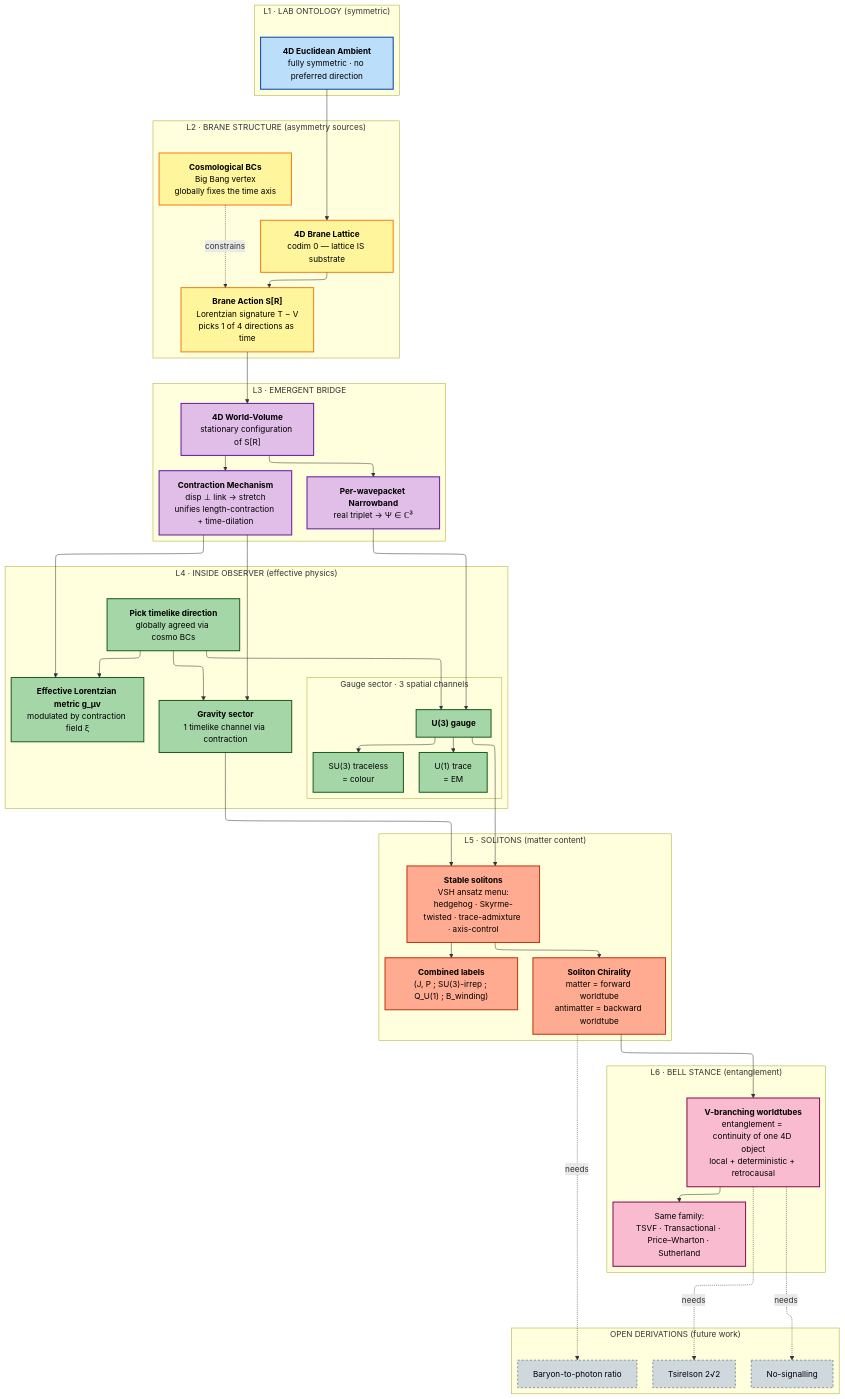
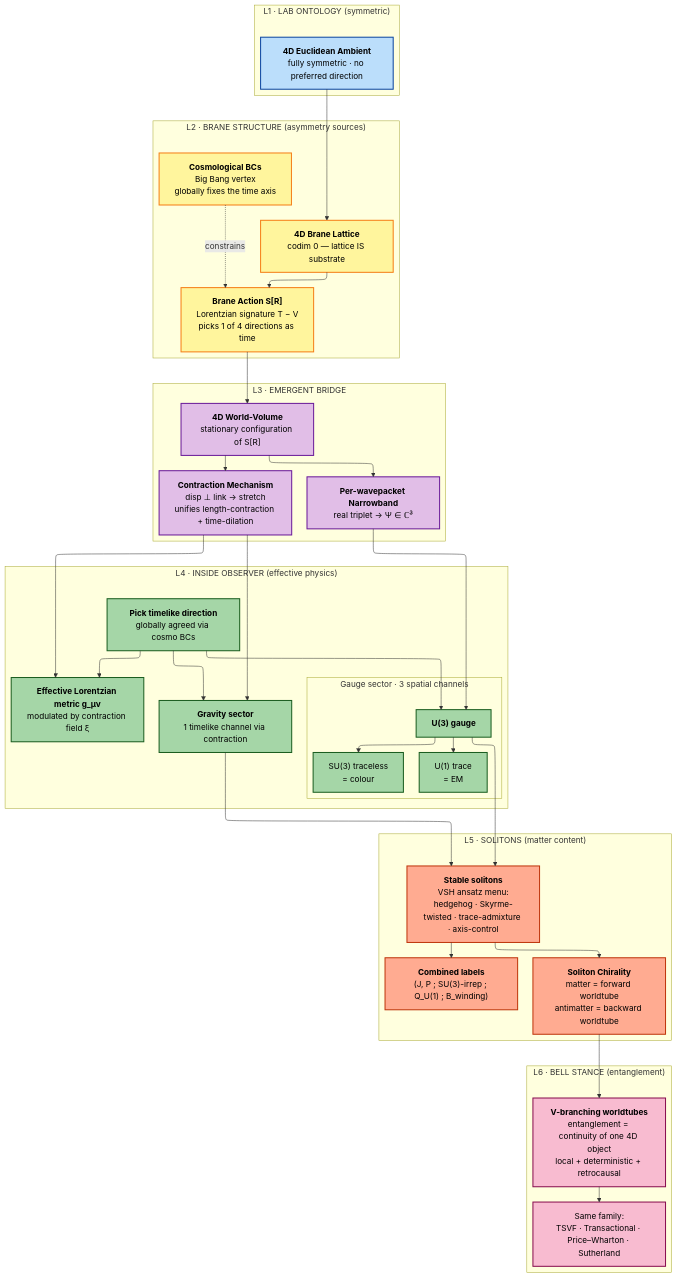
One commit to LukasMolzberger/BraneSim changed the diagram in paper/diagrams/theory_structure.mmd. Above: the diagram before and after it, drawn with Mermaid. The commit also changed 9 other files, not shown here.

```diff
--- a/paper/diagrams/theory_structure.mmd
+++ b/paper/diagrams/theory_structure.mmd
@@ -1,95 +1,84 @@
 ---
 config:
   layout: elk
   elk:
     nodePlacementStrategy: NETWORK_SIMPLEX
 ---
 %% BraneSim Theory Structure — Current State
 %% Top-down: lab-frame ontology → brane structure → emergent bridge → inside observer → solitons → Bell stance
 %% Solvers (Verlet etc.) are diagnostic tools, not theory components, and are deliberately absent.
 
 flowchart TB
     classDef lab fill:#bbdefb,stroke:#0d47a1,stroke-width:2px,color:#000
     classDef brane fill:#fff59d,stroke:#f57f17,stroke-width:2px,color:#000
     classDef emergent fill:#e1bee7,stroke:#6a1b9a,stroke-width:2px,color:#000
     classDef inside fill:#a5d6a7,stroke:#1b5e20,stroke-width:2px,color:#000
     classDef soliton fill:#ffab91,stroke:#bf360c,stroke-width:2px,color:#000
     classDef bell fill:#f8bbd0,stroke:#880e4f,stroke-width:2px,color:#000
-    classDef open fill:#cfd8dc,stroke:#37474f,stroke-width:1px,stroke-dasharray:4 4,color:#000
 
     subgraph L1["L1 · LAB ONTOLOGY (symmetric)"]
         direction TB
         A1["<b>4D Euclidean Ambient</b><br/>fully symmetric · no preferred direction"]:::lab
     end
 
     subgraph L2["L2 · BRANE STRUCTURE (asymmetry sources)"]
         direction TB
         B1["<b>4D Brane Lattice</b><br/>codim 0 — lattice IS substrate"]:::brane
         B2["<b>Brane Action S[R]</b><br/>Lorentzian signature T − V<br/>picks 1 of 4 directions as time"]:::brane
         B3["<b>Cosmological BCs</b><br/>Big Bang vertex<br/>globally fixes the time axis"]:::brane
         B1 --> B2
         B3 -.constrains.-> B2
     end
 
     subgraph L3["L3 · EMERGENT BRIDGE"]
         direction TB
         E1["<b>4D World-Volume</b><br/>stationary configuration of S[R]"]:::emergent
         E2["<b>Contraction Mechanism</b><br/>disp ⊥ link → stretch<br/>unifies length-contraction + time-dilation"]:::emergent
         E3["<b>Per-wavepacket Narrowband</b><br/>real triplet → Ψ ∈ ℂ³"]:::emergent
         E1 --> E2
         E1 --> E3
     end
 
     subgraph L4["L4 · INSIDE OBSERVER (effective physics)"]
         direction TB
         I1["<b>Pick timelike direction</b><br/>globally agreed via cosmo BCs"]:::inside
         I2["<b>Effective Lorentzian metric g_μν</b><br/>modulated by contraction field ξ"]:::inside
         subgraph GAUGE["Gauge sector · 3 spatial channels"]
             direction TB
             I3["<b>U(3) gauge</b>"]:::inside
             I4["U(1) trace<br/>= EM"]:::inside
             I5["SU(3) traceless<br/>= colour"]:::inside
             I3 --> I4
             I3 --> I5
         end
         I6["<b>Gravity sector</b><br/>1 timelike channel via contraction"]:::inside
         I1 --> I2
         I1 --> I3
         I1 --> I6
     end
 
     subgraph L5["L5 · SOLITONS (matter content)"]
         direction TB
         P1["<b>Stable solitons</b><br/>VSH ansatz menu:<br/>hedgehog · Skyrme-twisted · trace-admixture · axis-control"]:::soliton
         P2["<b>Combined labels</b><br/>(J, P ; SU(3)-irrep ; Q_U(1) ; B_winding)"]:::soliton
         P3["<b>Soliton Chirality</b><br/>matter = forward worldtube<br/>antimatter = backward worldtube"]:::soliton
         P1 --> P2
         P1 --> P3
     end
 
     subgraph L6["L6 · BELL STANCE (entanglement)"]
         direction TB
         T1["<b>V-branching worldtubes</b><br/>entanglement = continuity of one 4D object<br/>local + deterministic + retrocausal"]:::bell
         T2["Same family:<br/>TSVF · Transactional · Price–Wharton · Sutherland"]:::bell
         T1 --> T2
     end
 
-    subgraph OPEN["OPEN DERIVATIONS (future work)"]
-        direction LR
-        O1["Tsirelson 2√2"]:::open
-        O2["No-signalling"]:::open
-        O3["Baryon-to-photon ratio"]:::open
-    end
-
     %% Inter-layer edges
     A1 --> B1
     B2 --> E1
     E2 --> I2
     E2 --> I6
     E3 --> I3
     I3 --> P1
     I6 --> P1
     P3 --> T1
-    T1 -.needs.-> O1
-    T1 -.needs.-> O2
-    P3 -.needs.-> O3
```
